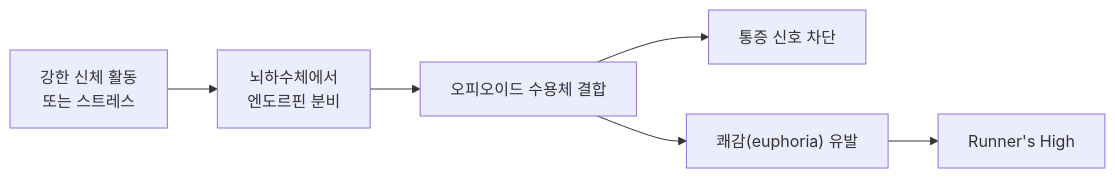
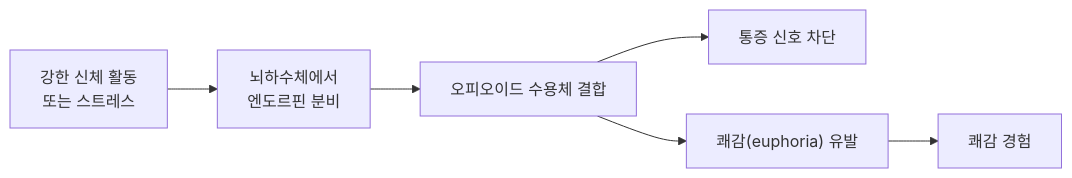
The fifth of 9 diagrams in _posts/knowledge/health/2026-03-21-happiness-hormones-daily-routine.md (dss99911/dss99911.github.io), drawn with Mermaid before and after one commit. The commit also changed other lines of this file and 115 other files, not shown here.

````diff
--- a/_posts/knowledge/health/2026-03-21-happiness-hormones-daily-routine.md
+++ b/_posts/knowledge/health/2026-03-21-happiness-hormones-daily-routine.md
@@ -146,8 +146,8 @@
 ```mermaid
 flowchart LR
     A["강한 신체 활동<br/>또는 스트레스"] --> B["뇌하수체에서<br/>엔도르핀 분비"]
     B --> C["오피오이드 수용체 결합"]
     C --> D["통증 신호 차단"]
     C --> E["쾌감#40;euphoria#41; 유발"]
-    E --> F["Runner's High"]
+    E --> F["쾌감 경험"]
 ```
````
